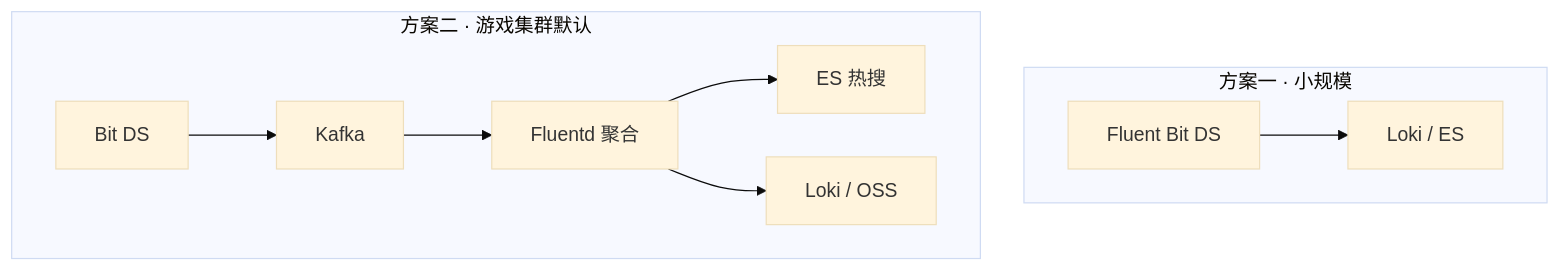
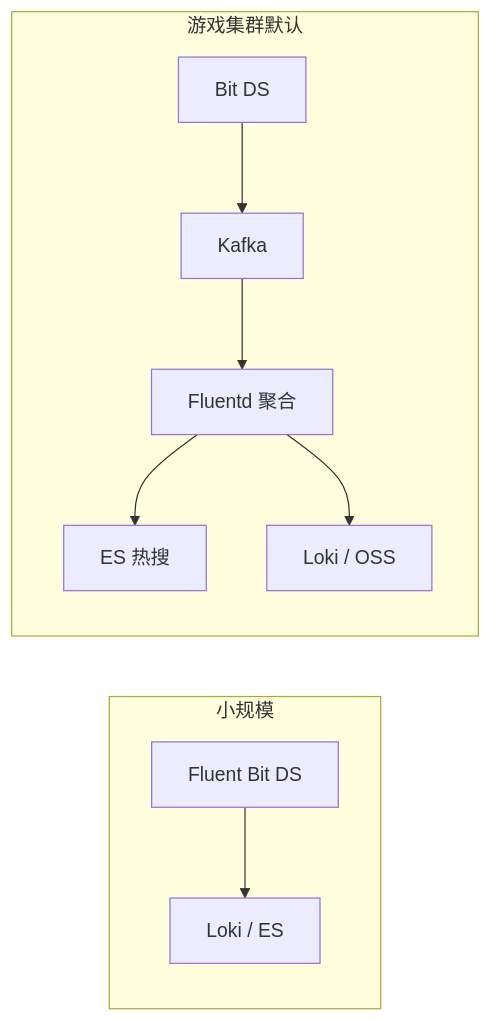
One commit to ml-cuizijun/LearnToLilith changed the third of 5 diagrams in 03-Kubernetes/20-日志管理/知识点.md. Above: the diagram before and after it, drawn with Mermaid. The commit also changed other lines of this file and 178 other files, not shown here.

````diff
--- a/03-Kubernetes/20-日志管理/知识点.md
+++ b/03-Kubernetes/20-日志管理/知识点.md
@@ -136,15 +159,12 @@
 ```mermaid
-%%{init: {"flowchart": {"padding": 16, "nodeSpacing": 36, "rankSpacing": 48}, "theme": "base"}}%%
-flowchart TB
-    subgraph simple ["方案一 · 小规模"]
+flowchart LR
+    subgraph small ["小规模"]
         s1[Fluent Bit DS] --> s2[Loki / ES]
     end
-    subgraph scale ["方案二 · 游戏集群默认"]
+    subgraph game ["游戏集群默认"]
         k1[Bit DS] --> k2[Kafka]
         k2 --> k3[Fluentd 聚合]
         k3 --> k4[ES 热搜]
         k3 --> k5[Loki / OSS]
     end
-
-    class s1,s2,k1,k2,k3,k4,k5 a
 ```
````
